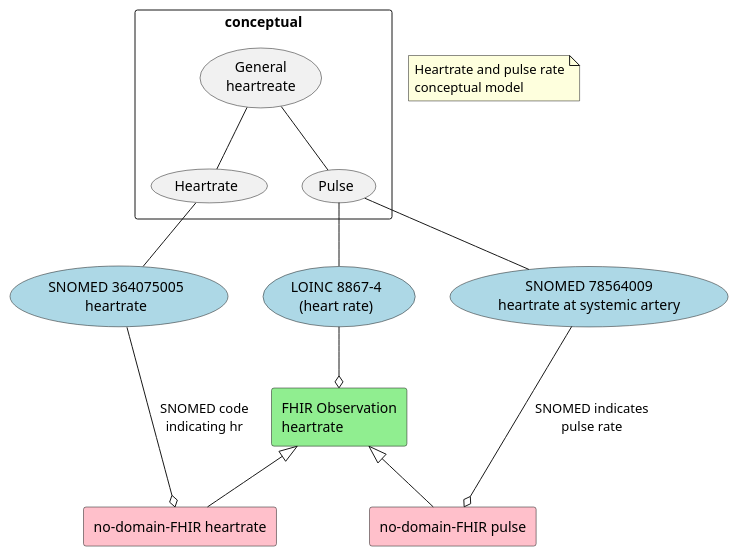
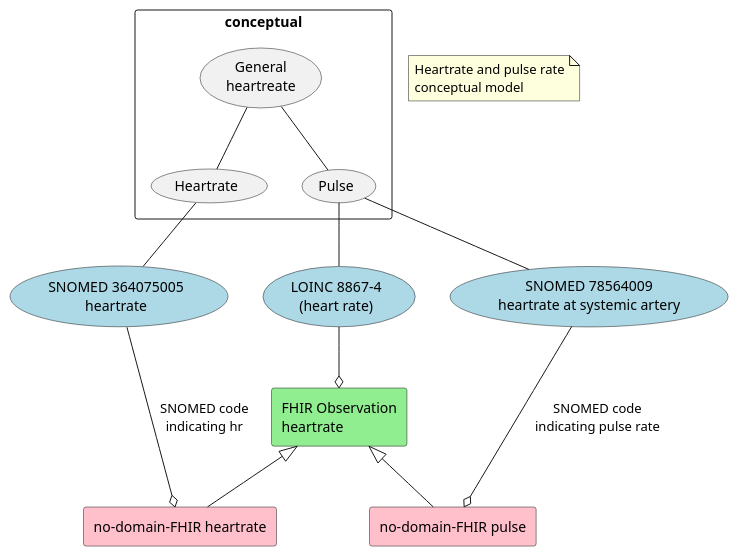
Before and after one commit to HL7Norway/no-domain: the diagram in VitalSigns/input/images-source/puls-hr-problem.plantuml, drawn with PlantUML.

Commit message:
Mindre fix på plantuml

```diff
--- a/VitalSigns/input/images-source/puls-hr-problem.plantuml
+++ b/VitalSigns/input/images-source/puls-hr-problem.plantuml
@@ -1,43 +1,43 @@
 @startuml
 
 note "Heartrate and pulse rate\nconceptual model" as consept
 rectangle "conceptual" {
 "General\nheartreate" as (general)
 "Heartrate" as (hr)
 "Pulse" as (pulse)
 }
 
 "LOINC 8867-4\n(heart rate)" as (8867) #lightblue
 "SNOMED 78564009\nheartrate at systemic artery" as (snopulse) #lightblue
 "SNOMED 364075005\nheartrate" as (snohr) #lightblue
 '"LOINC hr code" as (loinchr) #lightblue
 
 snohr -right[hidden]- 8867
 8867 -right[hidden]- snohr
 
 'note "Heartrate and pulse\n rate FHIR profiles" as FHIRmodel
 
 'rectangle "FHIR profiles" {
   rectangle "FHIR Observation\nheartrate" as fhirhr #lightgreen
   rectangle "no-domain-FHIR heartrate" as nodomhr #pink
   rectangle "no-domain-FHIR pulse" as nodompulse #pink
 '}
 
 'fhirhr -right[hidden]- FHIRmodel
 
 general -down- hr
 general -down- pulse
 pulse -down- snopulse
 hr -down- snohr
 pulse -down- 8867
 8867 -down-o fhirhr
 fhirhr <|-down- nodomhr
 fhirhr <|-down- nodompulse
-nodompulse o-up- snopulse :SNOMED indicates\npulse rate
+nodompulse o-up- snopulse :SNOMED code\nindicating pulse rate
 nodomhr o-up- snohr :SNOMED code\nindicating hr
 'rectangle "test" as rect {
 '"search for information" as (soke) #lightblue
 '"indexing" as (indeksere)
 '"read information" as (lese) #lightblue
 '"share information" as (dele) #lightblued
 @enduml
```
